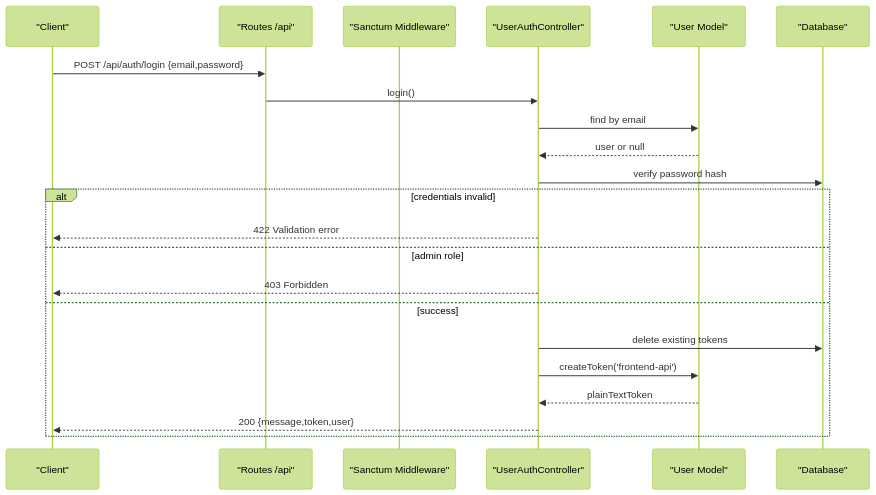
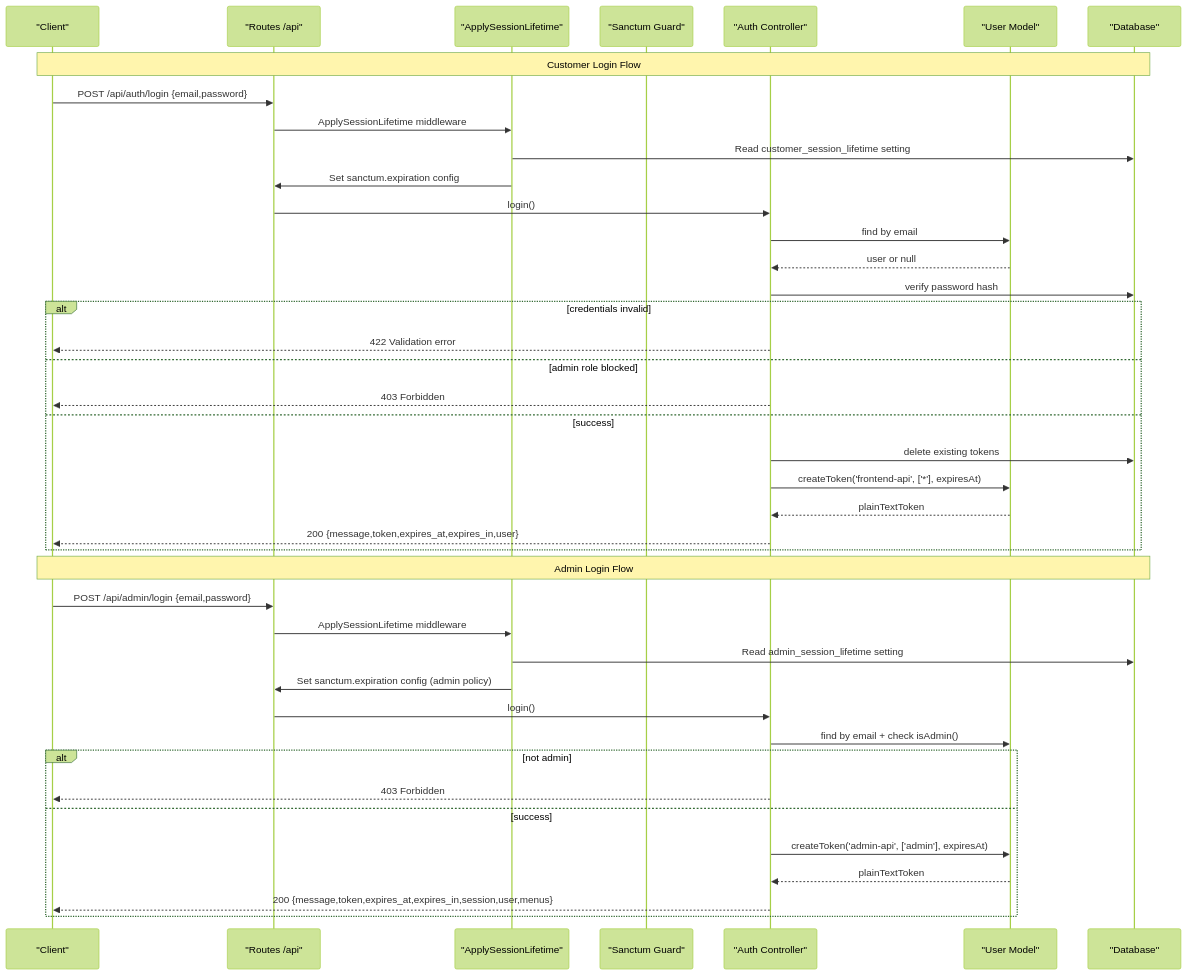
The second of 5 diagrams in .qoder/repowiki/en/content/Backend API/Authentication API.md (mahbub095/bus-app), drawn with Mermaid (forest theme) before and after one commit. The commit also changed other lines of this file and 460 other files, not shown here.

````diff
--- a/.qoder/repowiki/en/content/Backend API/Authentication API.md
+++ b/.qoder/repowiki/en/content/Backend API/Authentication API.md
@@ -88,24 +107,43 @@
 ```mermaid
 sequenceDiagram
 participant C as "Client"
 participant R as "Routes /api"
-participant M as "Sanctum Middleware"
-participant Ctrl as "UserAuthController"
+participant M as "ApplySessionLifetime"
+participant S as "Sanctum Guard"
+participant Ctrl as "Auth Controller"
 participant U as "User Model"
 participant DB as "Database"
+Note over C,DB : Customer Login Flow
 C->>R : POST /api/auth/login {email,password}
+R->>M : ApplySessionLifetime middleware
+M->>DB : Read customer_session_lifetime setting
+M->>R : Set sanctum.expiration config
 R->>Ctrl : login()
 Ctrl->>U : find by email
 U-->>Ctrl : user or null
 Ctrl->>DB : verify password hash
 alt credentials invalid
 Ctrl-->>C : 422 Validation error
-else admin role
+else admin role blocked
 Ctrl-->>C : 403 Forbidden
 else success
 Ctrl->>DB : delete existing tokens
-Ctrl->>U : createToken('frontend-api')
+Ctrl->>U : createToken('frontend-api', ['*'], expiresAt)
 U-->>Ctrl : plainTextToken
-Ctrl-->>C : 200 {message,token,user}
+Ctrl-->>C : 200 {message,token,expires_at,expires_in,user}
+end
+Note over C,DB : Admin Login Flow
+C->>R : POST /api/admin/login {email,password}
+R->>M : ApplySessionLifetime middleware
+M->>DB : Read admin_session_lifetime setting
+M->>R : Set sanctum.expiration config (admin policy)
+R->>Ctrl : login()
+Ctrl->>U : find by email + check isAdmin()
+alt not admin
+Ctrl-->>C : 403 Forbidden
+else success
+Ctrl->>U : createToken('admin-api', ['admin'], expiresAt)
+U-->>Ctrl : plainTextToken
+Ctrl-->>C : 200 {message,token,expires_at,expires_in,session,user,menus}
 end
 ```
````
